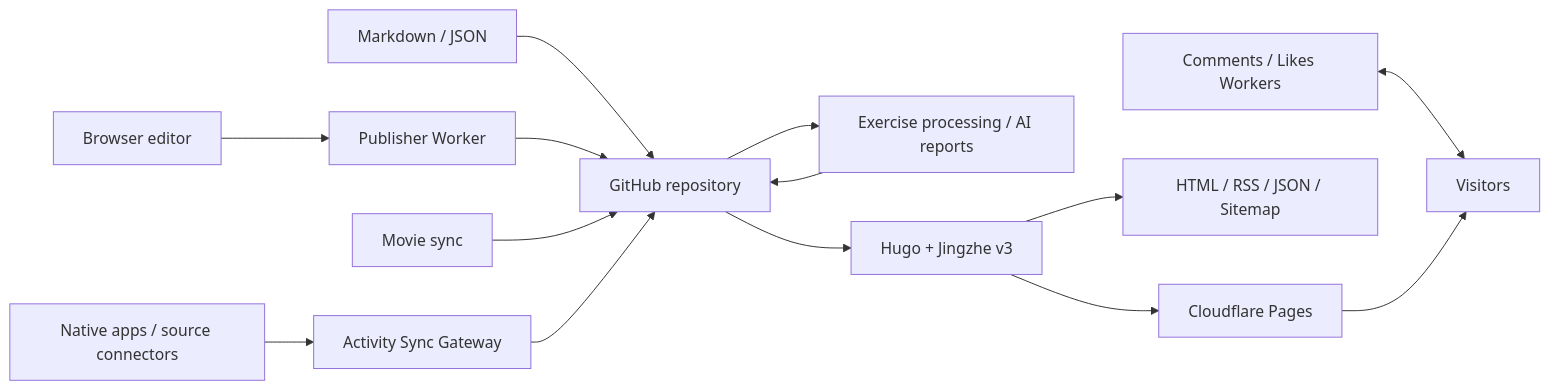
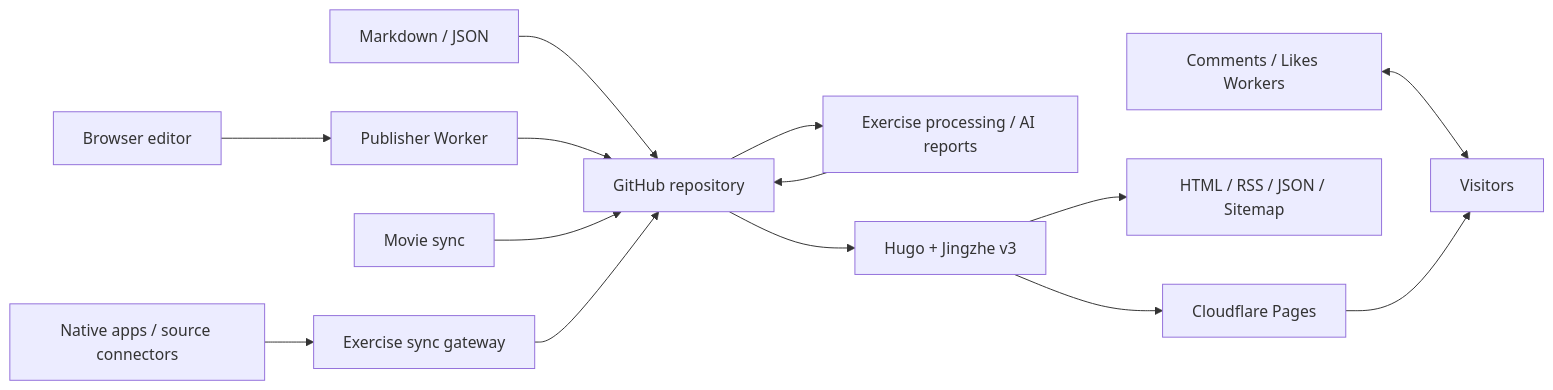
The diagram in README_EN.md (koobai/blog), drawn with Mermaid before and after one commit. The commit also changed other lines of this file and 5 other files, not shown here.

Commit message:
docs: explain the activity sync gateway in plain language

````diff
--- a/README_EN.md
+++ b/README_EN.md
@@ -50,16 +50,16 @@
 ```mermaid
 flowchart LR
     A["Markdown / JSON"] --> R["GitHub repository"]
     B["Browser editor"] --> W["Publisher Worker"]
     W --> R
     C["Movie sync"] --> R
-    D["Native apps / source connectors"] --> ASW["Activity Sync Gateway"]
+    D["Native apps / source connectors"] --> ASW["Exercise sync gateway"]
     ASW --> R
     R --> P["Exercise processing / AI reports"]
     P --> R
     R --> H["Hugo + Jingzhe v3"]
     H --> CF["Cloudflare Pages"]
     H --> O["HTML / RSS / JSON / Sitemap"]
     E["Comments / Likes Workers"] <--> V["Visitors"]
     CF --> V
 ```
````
